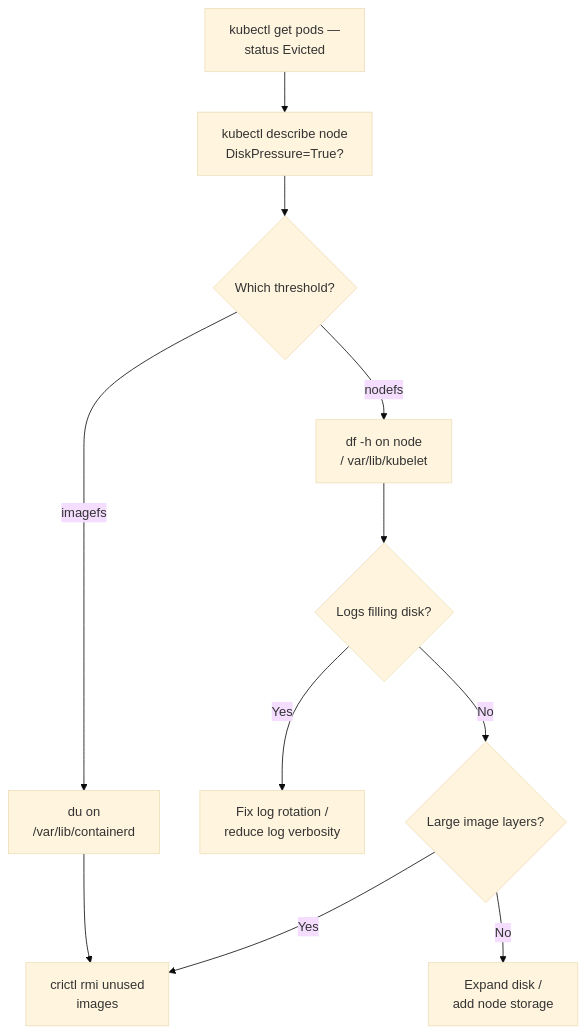
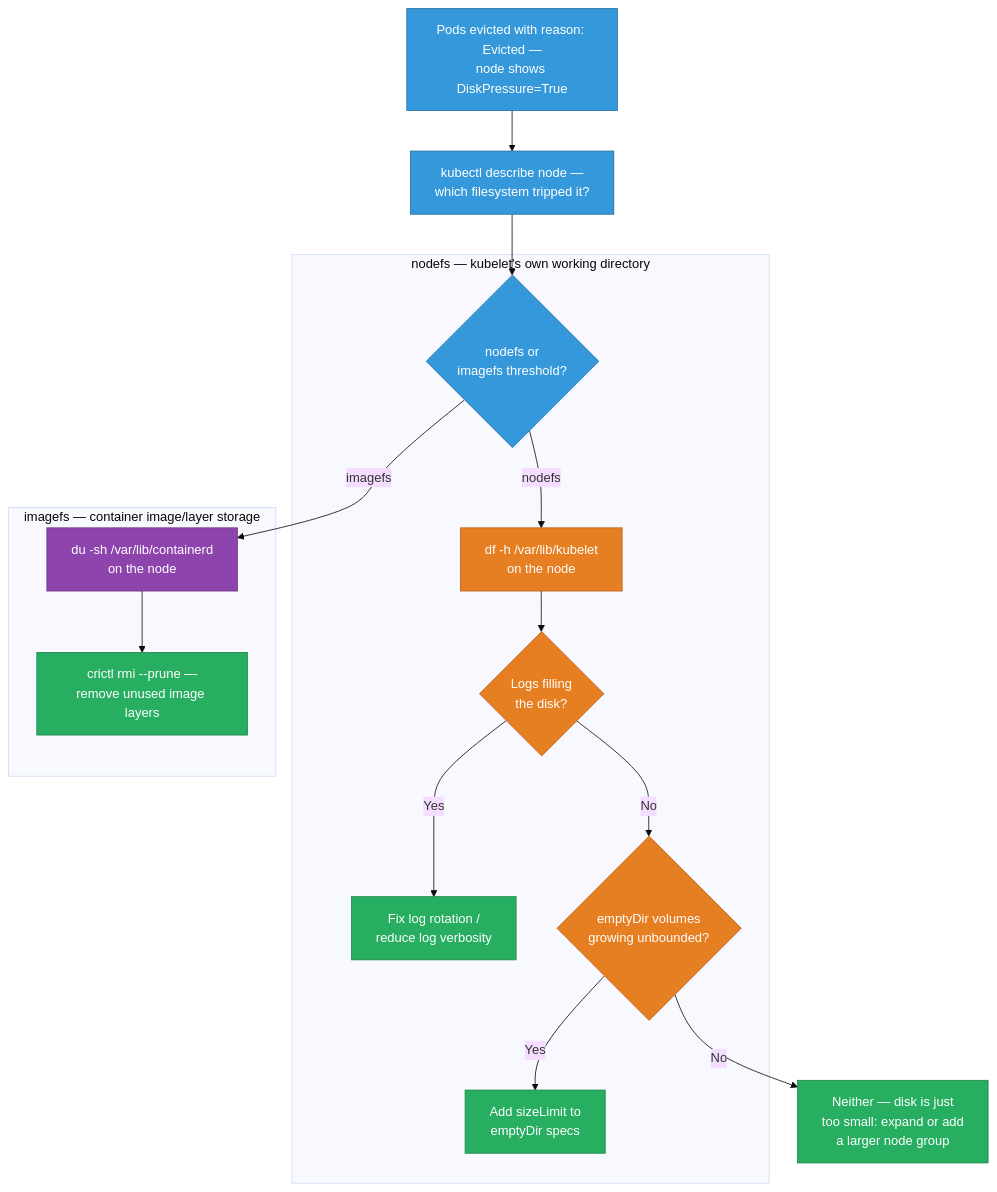
One commit to deepanshu-rawat6/DevOpsIndex changed diagram 11 of 13 in sre/k8s-scenarios.md. Above: the diagram before and after it, drawn with Mermaid (base theme). The commit also changed other lines of this file and 7 other files, not shown here.

````diff
--- a/sre/k8s-scenarios.md
+++ b/sre/k8s-scenarios.md
@@ -1265,13 +1365,25 @@
 ```mermaid
 flowchart TD
-    A[kubectl get pods —<br/>status Evicted] --> B[kubectl describe node<br/>DiskPressure=True?]
-    B --> C{Which threshold?}
-    C -- nodefs --> D[df -h on node<br/>/ var/lib/kubelet]
-    C -- imagefs --> E[du on<br/>/var/lib/containerd]
-    D --> F{Logs filling disk?}
-    F -- Yes --> G[Fix log rotation /<br/>reduce log verbosity]
-    F -- No --> H{Large image layers?}
-    H -- Yes --> I[crictl rmi unused<br/>images]
-    H -- No --> J[Expand disk /<br/>add node storage]
-    E --> I
+    classDef start fill:#3498db,stroke:#2471a3,color:#fff
+    classDef nodefs fill:#e67e22,stroke:#ba6018,color:#fff
+    classDef imagefs fill:#8e44ad,stroke:#6c3483,color:#fff
+    classDef fix fill:#27ae60,stroke:#1e8449,color:#fff
+
+    A["Pods evicted with reason: Evicted —<br/>node shows DiskPressure=True"]:::start --> B["kubectl describe node —<br/>which filesystem tripped it?"]:::start
+    B --> C{"nodefs or<br/>imagefs threshold?"}:::start
+
+    subgraph NodefsBranch["nodefs — kubelet's own working directory"]
+        C -- nodefs --> D["df -h /var/lib/kubelet<br/>on the node"]:::nodefs
+        D --> F{"Logs filling<br/>the disk?"}:::nodefs
+        F -- Yes --> G["Fix log rotation /<br/>reduce log verbosity"]:::fix
+        F -- No --> H{"emptyDir volumes<br/>growing unbounded?"}:::nodefs
+        H -- Yes --> H2["Add sizeLimit to<br/>emptyDir specs"]:::fix
+    end
+
+    subgraph ImagefsBranch["imagefs — container image/layer storage"]
+        C -- imagefs --> E["du -sh /var/lib/containerd<br/>on the node"]:::imagefs
+        E --> I["crictl rmi --prune —<br/>remove unused image layers"]:::fix
+    end
+
+    H -- No --> J["Neither — disk is just<br/>too small: expand or add<br/>a larger node group"]:::fix
 ```
````
